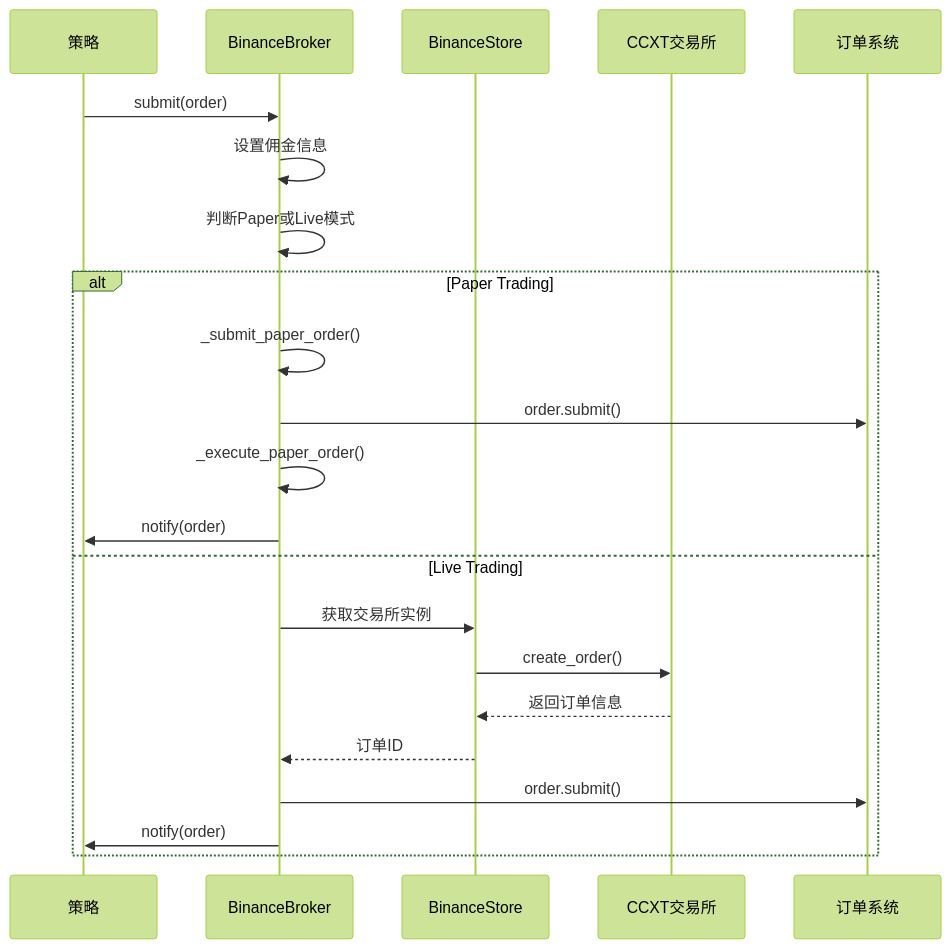
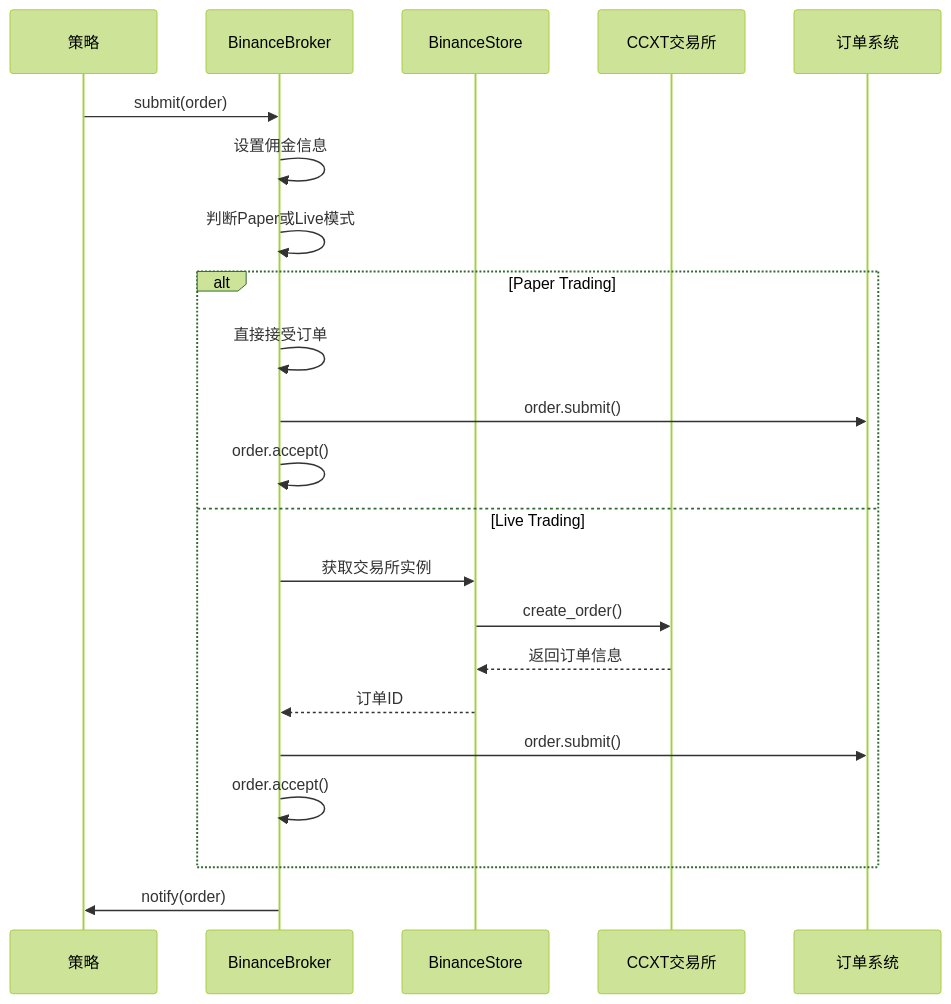
Before and after one commit to bench-prog/backtrader: the fourth of 8 diagrams in .qoder/repowiki/zh/content/实盘交易模块/Binance交易所集成/BinanceBroker执行层.md, drawn with Mermaid (forest theme). The commit also changed other lines of this file and 23 other files, not shown here.

````diff
--- a/.qoder/repowiki/zh/content/实盘交易模块/Binance交易所集成/BinanceBroker执行层.md
+++ b/.qoder/repowiki/zh/content/实盘交易模块/Binance交易所集成/BinanceBroker执行层.md
@@ -206,24 +210,24 @@
 ```mermaid
 sequenceDiagram
 participant STR as 策略
 participant BB as BinanceBroker
 participant BS as BinanceStore
-participant EX as CCXT交易所
+participant CS as CCXT交易所
 participant OR as 订单系统
 STR->>BB : submit(order)
 BB->>BB : 设置佣金信息
 BB->>BB : 判断Paper或Live模式
 alt Paper Trading
-BB->>BB : _submit_paper_order()
+BB->>BB : 直接接受订单
 BB->>OR : order.submit()
-BB->>BB : _execute_paper_order()
-BB->>STR : notify(order)
+BB->>BB : order.accept()
 else Live Trading
 BB->>BS : 获取交易所实例
-BS->>EX : create_order()
-EX-->>BS : 返回订单信息
+BS->>CS : create_order()
+CS-->>BS : 返回订单信息
 BS-->>BB : 订单ID
 BB->>OR : order.submit()
+BB->>BB : order.accept()
+end
 BB->>STR : notify(order)
-end
 ```
````
